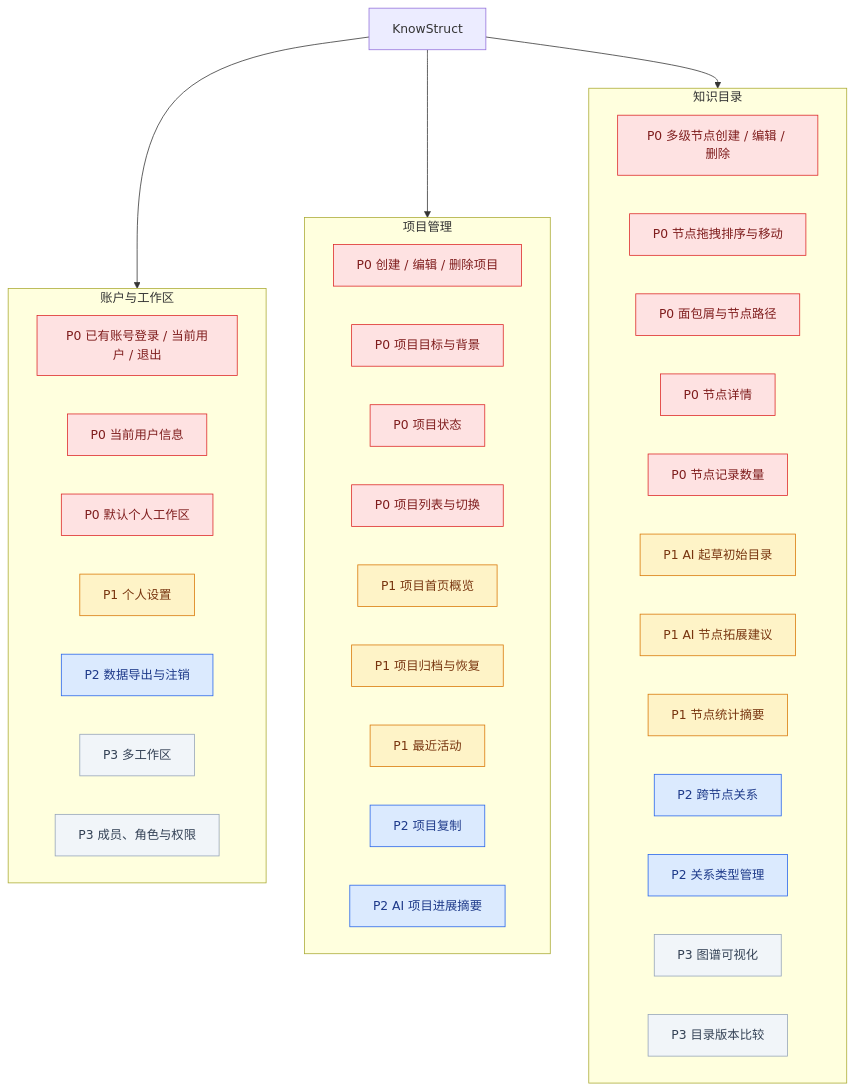
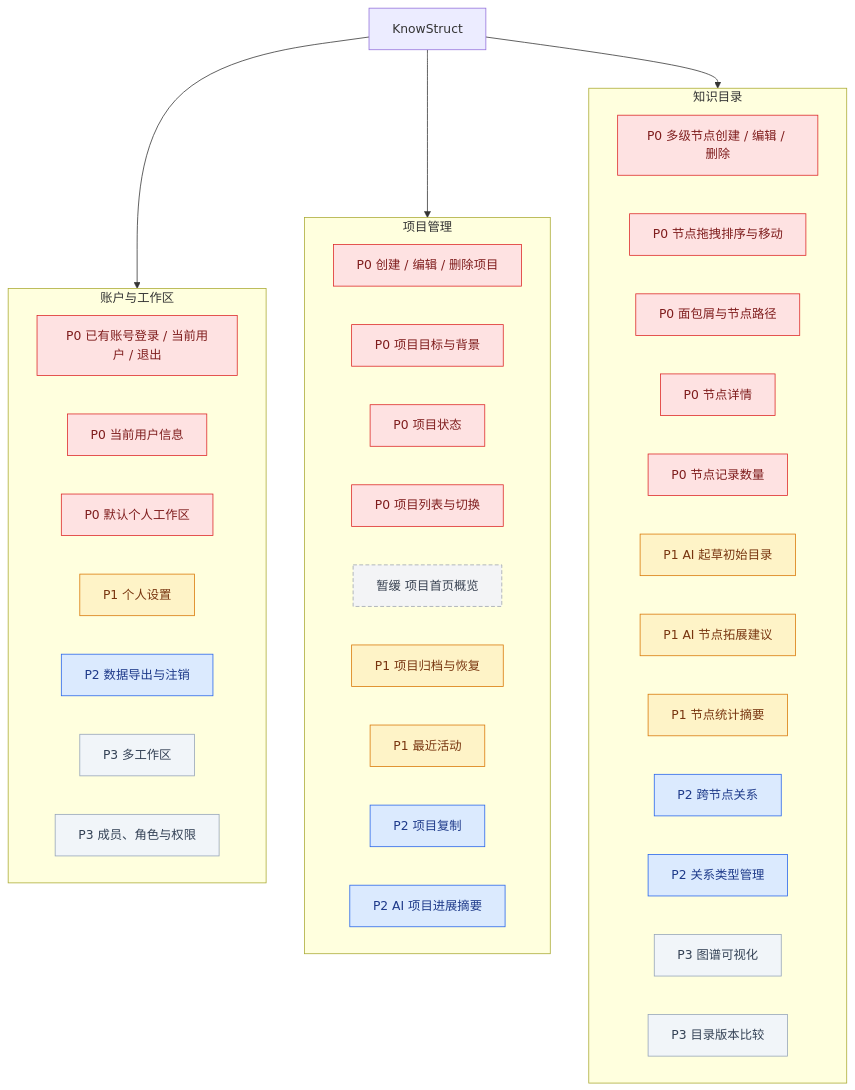
The third of 7 diagrams in docs/功能结构图与优先级.md (zxaptx4869/KnowStruct), drawn with Mermaid before and after one commit. The commit also changed other lines of this file and 3 other files, not shown here.

````diff
--- a/docs/功能结构图与优先级.md
+++ b/docs/功能结构图与优先级.md
@@ -84,54 +84,56 @@
 ```mermaid
 flowchart TB
     ROOT["KnowStruct"]
 
     subgraph ACCOUNT["账户与工作区"]
         A1["P0 已有账号登录 / 当前用户 / 退出"]
         A2["P0 当前用户信息"]
         A3["P0 默认个人工作区"]
         A4["P1 个人设置"]
         A5["P2 数据导出与注销"]
         A6["P3 多工作区"]
         A7["P3 成员、角色与权限"]
     end
 
     subgraph PROJECT["项目管理"]
         B1["P0 创建 / 编辑 / 删除项目"]
         B2["P0 项目目标与背景"]
         B3["P0 项目状态"]
         B4["P0 项目列表与切换"]
-        B5["P1 项目首页概览"]
+        B5["暂缓 项目首页概览"]
         B6["P1 项目归档与恢复"]
         B7["P1 最近活动"]
         B8["P2 项目复制"]
         B9["P2 AI 项目进展摘要"]
     end
 
     subgraph TREE["知识目录"]
         C1["P0 多级节点创建 / 编辑 / 删除"]
         C2["P0 节点拖拽排序与移动"]
         C3["P0 面包屑与节点路径"]
         C4["P0 节点详情"]
         C5["P0 节点记录数量"]
         C6["P1 AI 起草初始目录"]
         C7["P1 AI 节点拓展建议"]
         C8["P1 节点统计摘要"]
         C9["P2 跨节点关系"]
         C10["P2 关系类型管理"]
         C11["P3 图谱可视化"]
         C12["P3 目录版本比较"]
     end
 
     ROOT --> ACCOUNT
     ROOT --> PROJECT
     ROOT --> TREE
 
     classDef p0 fill:#fee2e2,color:#7f1d1d,stroke:#dc2626;
     classDef p1 fill:#fef3c7,color:#78350f,stroke:#d97706;
     classDef p2 fill:#dbeafe,color:#1e3a8a,stroke:#2563eb;
     classDef p3 fill:#f1f5f9,color:#334155,stroke:#94a3b8;
+    classDef defer fill:#f3f4f6,color:#374151,stroke:#9ca3af,stroke-dasharray:5 3;
     class A1,A2,A3,B1,B2,B3,B4,C1,C2,C3,C4,C5 p0;
-    class A4,B5,B6,B7,C6,C7,C8 p1;
+    class A4,B6,B7,C6,C7,C8 p1;
     class A5,B8,B9,C9,C10 p2;
     class A6,A7,C11,C12 p3;
+    class B5 defer;
 ```
````
